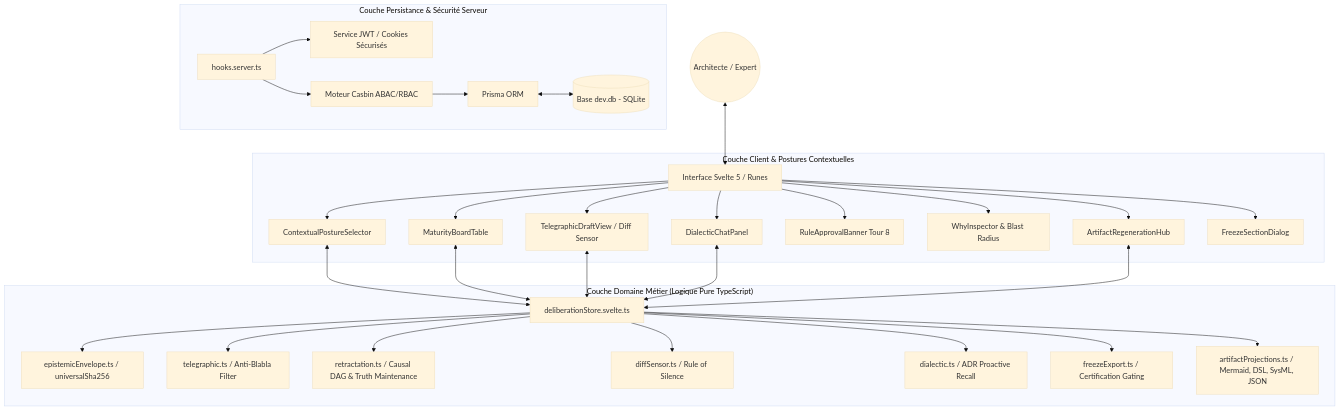
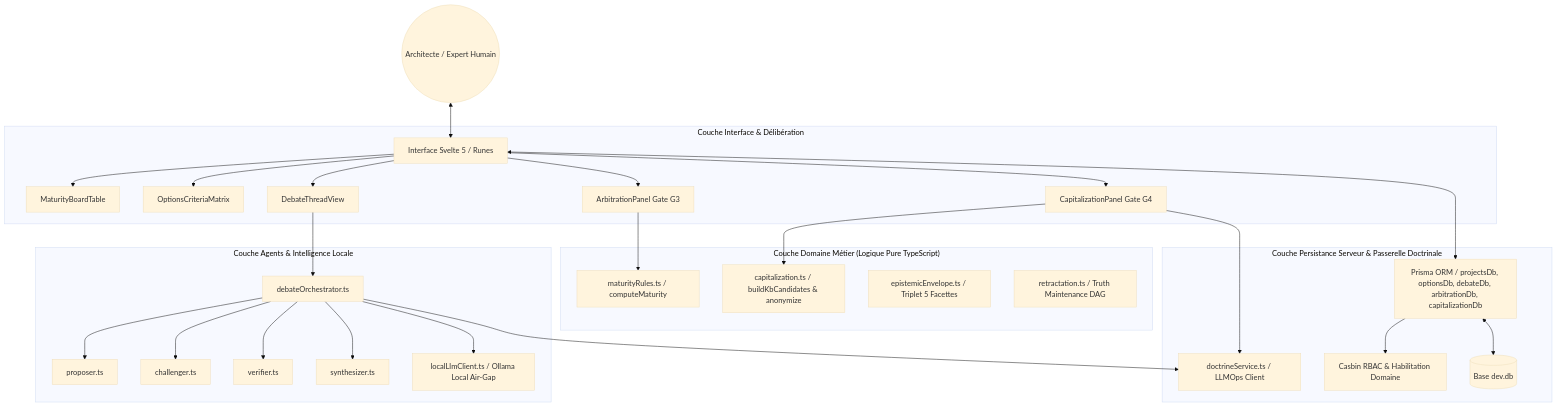
The first of 2 diagrams in ARCHITECTURE.md (MauriceIsrael/archinex), drawn with Mermaid (base theme) before and after one commit. The commit also changed other lines of this file and 1 other file, not shown here.

Commit message:
docs: update ARCHITECTURE.md and USER_GUIDE.md for 6-step co-design engine

````diff
--- a/ARCHITECTURE.md
+++ b/ARCHITECTURE.md
@@ -14,40 +20,45 @@
 ```mermaid
 graph TD
-    User((Architecte / Expert)) <--> UI[Interface Svelte 5 / Runes]
+    User((Architecte / Expert Humain)) <--> UI[Interface Svelte 5 / Runes]
     
-    subgraph "Couche Client & Postures Contextuelles"
-        UI --> PostureSelector[ContextualPostureSelector]
+    subgraph "Couche Interface & Délibération"
         UI --> Board[MaturityBoardTable]
-        UI --> Draft[TelegraphicDraftView / Diff Sensor]
-        UI --> Chat[DialecticChatPanel]
-        UI --> RuleBanner[RuleApprovalBanner Tour 8]
-        UI --> Inspector[WhyInspector & Blast Radius]
-        UI --> Hub[ArtifactRegenerationHub]
-        UI --> FreezeModal[FreezeSectionDialog]
+        UI --> Matrix[OptionsCriteriaMatrix]
+        UI --> Debate[DebateThreadView]
+        UI --> Arbitrate[ArbitrationPanel Gate G3]
+        UI --> Capitalize[CapitalizationPanel Gate G4]
     end
     
     subgraph "Couche Domaine Métier (Logique Pure TypeScript)"
-        Store[deliberationStore.svelte.ts]
-        Store --> Epistemic[epistemicEnvelope.ts / universalSha256]
-        Store --> Tone[telegraphic.ts / Anti-Blabla Filter]
-        Store --> DAG[retractation.ts / Causal DAG & Truth Maintenance]
-        Store --> Diff[diffSensor.ts / Rule of Silence]
-        Store --> Dialectic[dialectic.ts / ADR Proactive Recall]
-        Store --> Freeze[freezeExport.ts / Certification Gating]
-        Store --> Projections[artifactProjections.ts / Mermaid, DSL, SysML, JSON]
+        Maturity[maturityRules.ts / computeMaturity]
+        Capitalization[capitalization.ts / buildKbCandidates & anonymize]
+        Epistemic[epistemicEnvelope.ts / Triplet 5 Facettes]
+        DAG[retractation.ts / Truth Maintenance DAG]
     end
     
-    subgraph "Couche Persistance & Sécurité Serveur"
-        Hooks[hooks.server.ts]
-        JWT[Service JWT / Cookies Sécurisés]
-        Casbin[Moteur Casbin ABAC/RBAC]
-        Prisma[Prisma ORM]
-        DB[(Base dev.db - SQLite)]
+    subgraph "Couche Agents & Intelligence Locale"
+        Orchestrator[debateOrchestrator.ts]
+        Orchestrator --> Proposer[proposer.ts]
+        Orchestrator --> Challenger[challenger.ts]
+        Orchestrator --> Verifier[verifier.ts]
+        Orchestrator --> Synthesizer[synthesizer.ts]
+        LocalLLM[localLlmClient.ts / Ollama Local Air-Gap]
+    end
+
+    subgraph "Couche Persistance Serveur & Passerelle Doctrinale"
+        Prisma[Prisma ORM / projectsDb, optionsDb, debateDb, arbitrationDb, capitalizationDb]
+        Casbin[Casbin RBAC & Habilitation Domaine]
+        DoctrineService[doctrineService.ts / LLMOps Client]
+        DB[(Base dev.db)]
     end
     
-    PostureSelector & Board & Draft & Chat & Hub <--> Store
-    Hooks --> JWT
-    Hooks --> Casbin
-    Casbin --> Prisma
+    UI <--> Prisma
+    Prisma --> Casbin
     Prisma <--> DB
+    Debate --> Orchestrator
+    Orchestrator --> LocalLLM
+    Orchestrator --> DoctrineService
+    Arbitrate --> Maturity
+    Capitalize --> Capitalization
+    Capitalize --> DoctrineService
 ```
````
